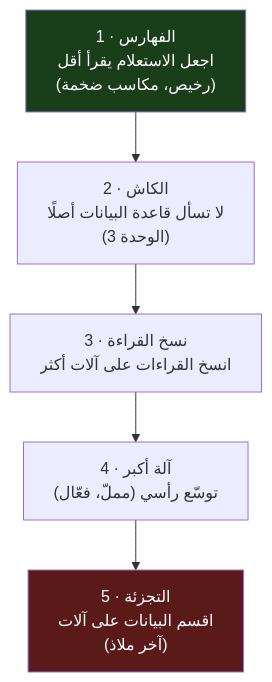
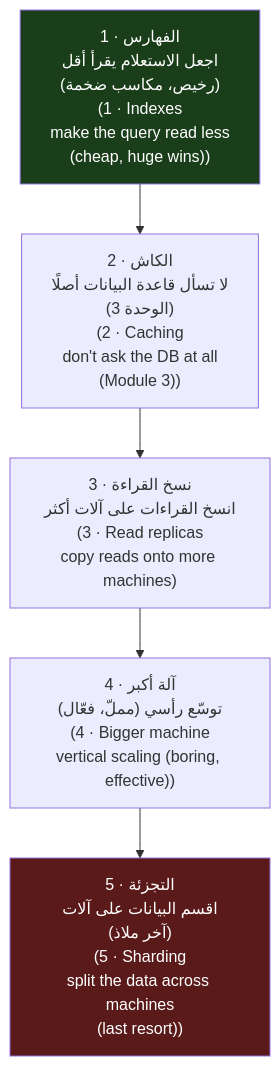
The fourth of 7 diagrams in modules/10-scaling/module.ar.md (Tamoura/system-design-for-vibe-coders), drawn with Mermaid before and after one commit. The commit also changed other lines of this file and 62 other files, not shown here.

First line of the commit message:
Arabic editions: English on every diagram label, RTL fixes, rebuild

````diff
--- a/modules/10-scaling/module.ar.md
+++ b/modules/10-scaling/module.ar.md
@@ -295,9 +295,9 @@
 ```mermaid
 flowchart TD
-    R1["1 · الفهارس<br/>اجعل الاستعلام يقرأ أقل<br/>(رخيص، مكاسب ضخمة)"] --> R2["2 · الكاش<br/>لا تسأل قاعدة البيانات أصلًا<br/>(الوحدة 3)"]
-    R2 --> R3["3 · نسخ القراءة<br/>انسخ القراءات على آلات أكثر"]
-    R3 --> R4["4 · آلة أكبر<br/>توسّع رأسي (مملّ، فعّال)"]
-    R4 --> R5["5 · التجزئة<br/>اقسم البيانات على آلات<br/>(آخر ملاذ)"]
+    R1["1 · الفهارس<br/>اجعل الاستعلام يقرأ أقل<br/>(رخيص، مكاسب ضخمة)<br/>(1 · Indexes<br/>make the query read less<br/>(cheap, huge wins))"] --> R2["2 · الكاش<br/>لا تسأل قاعدة البيانات أصلًا<br/>(الوحدة 3)<br/>(2 · Caching<br/>don't ask the DB at all<br/>(Module 3))"]
+    R2 --> R3["3 · نسخ القراءة<br/>انسخ القراءات على آلات أكثر<br/>(3 · Read replicas<br/>copy reads onto more machines)"]
+    R3 --> R4["4 · آلة أكبر<br/>توسّع رأسي (مملّ، فعّال)<br/>(4 · Bigger machine<br/>vertical scaling (boring, effective))"]
+    R4 --> R5["5 · التجزئة<br/>اقسم البيانات على آلات<br/>(آخر ملاذ)<br/>(5 · Sharding<br/>split the data across machines<br/>(last resort))"]
     style R1 fill:#1a3d1a,color:#fff
     style R5 fill:#5a1a1a,color:#fff
 ```
````
